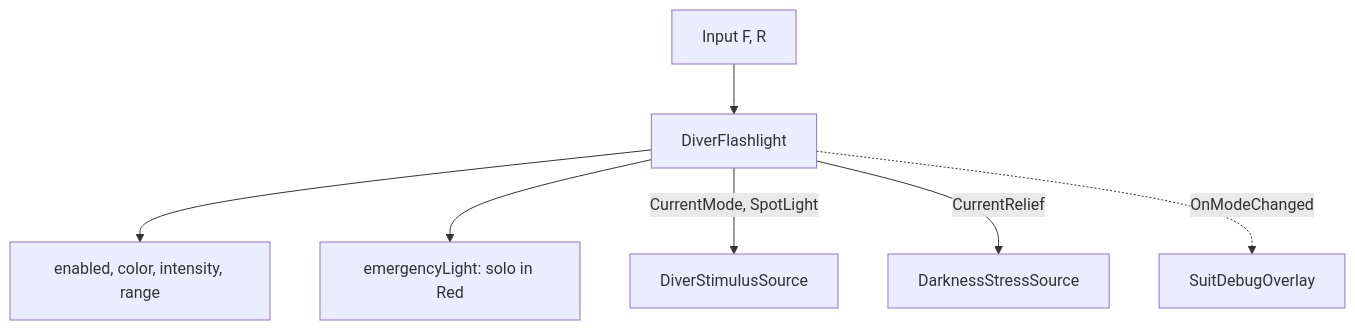
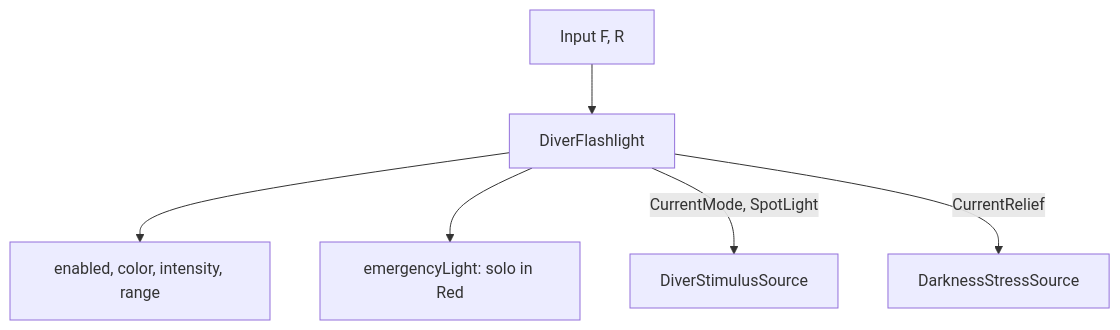
One commit to Fr3nezy/Project_Deep changed the diagram in documentation/Flashlight.md. Above: the diagram before and after it, drawn with Mermaid. The commit also changed other lines of this file and 58 other files, not shown here.

````diff
--- a/documentation/Flashlight.md
+++ b/documentation/Flashlight.md
@@ -25,9 +25,8 @@
 ```mermaid
 flowchart TD
     Input[Input F, R] --> Flashlight[DiverFlashlight]
     Flashlight --> Light[enabled, color, intensity, range]
     Flashlight --> Emergency[emergencyLight: solo in Red]
     Flashlight -->|CurrentMode, SpotLight| Stimuli[DiverStimulusSource]
     Flashlight -->|CurrentRelief| Darkness[DarknessStressSource]
-    Flashlight -.->|OnModeChanged| Overlay[SuitDebugOverlay]
 ```
````
